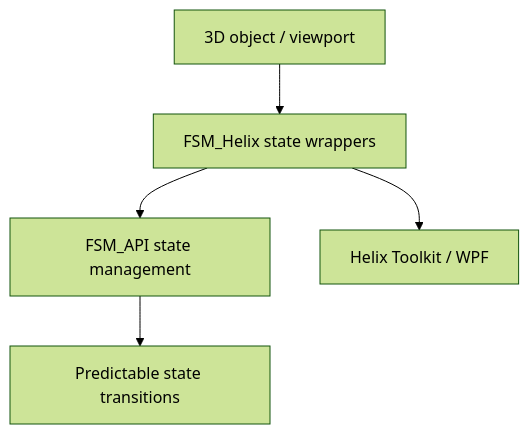
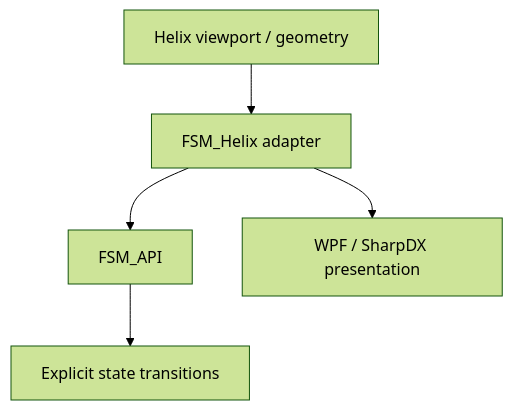
Before and after one commit to TrentBest/FSM_Helix: the diagram in README.md, drawn with Mermaid (forest theme). The commit also changed other lines of this file, not shown here.

Commit message:
Clarify FSM_Helix historical status and architecture

````diff
--- a/README.md
+++ b/README.md
@@ -10,7 +23,7 @@
 ```mermaid
 flowchart TD
-  A[3D object / viewport] --> H[FSM_Helix state wrappers]
-  H --> F[FSM_API state management]
-  H --> T[Helix Toolkit / WPF]
-  F --> O[Predictable state transitions]
+    A[Helix viewport / geometry] --> B[FSM_Helix adapter]
+    B --> C[FSM_API]
+    C --> D[Explicit state transitions]
+    B --> E[WPF / SharpDX presentation]
 ```
````
